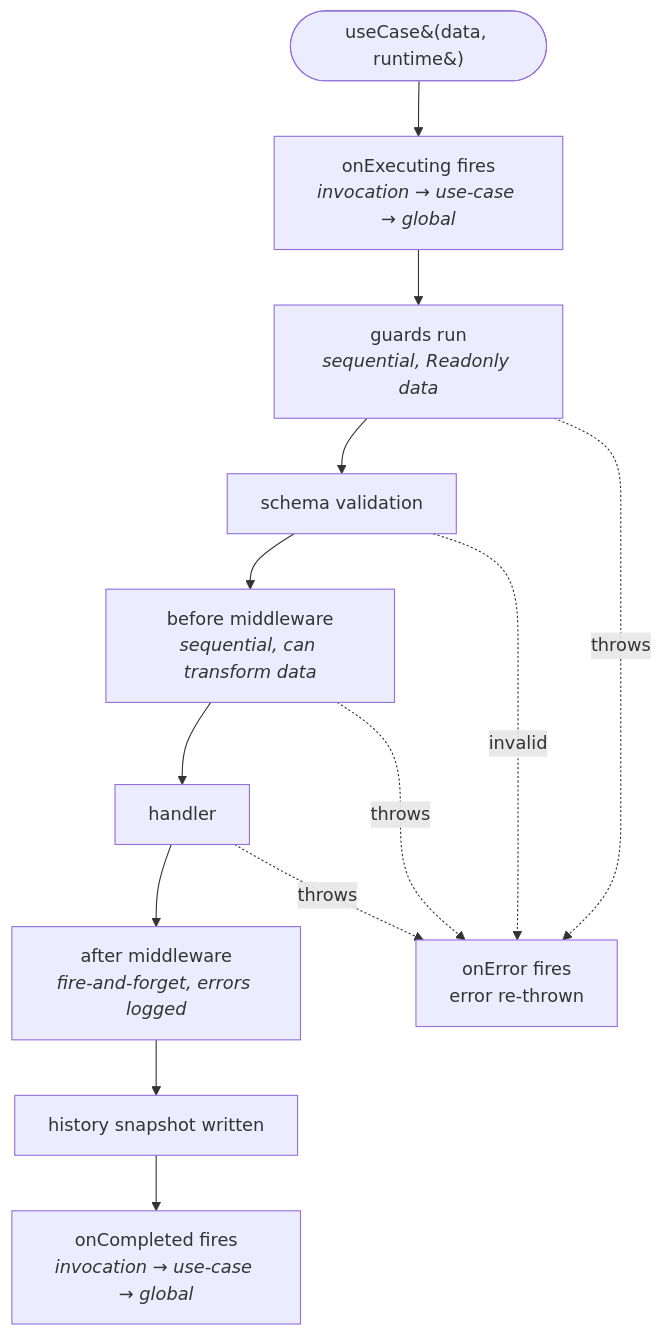
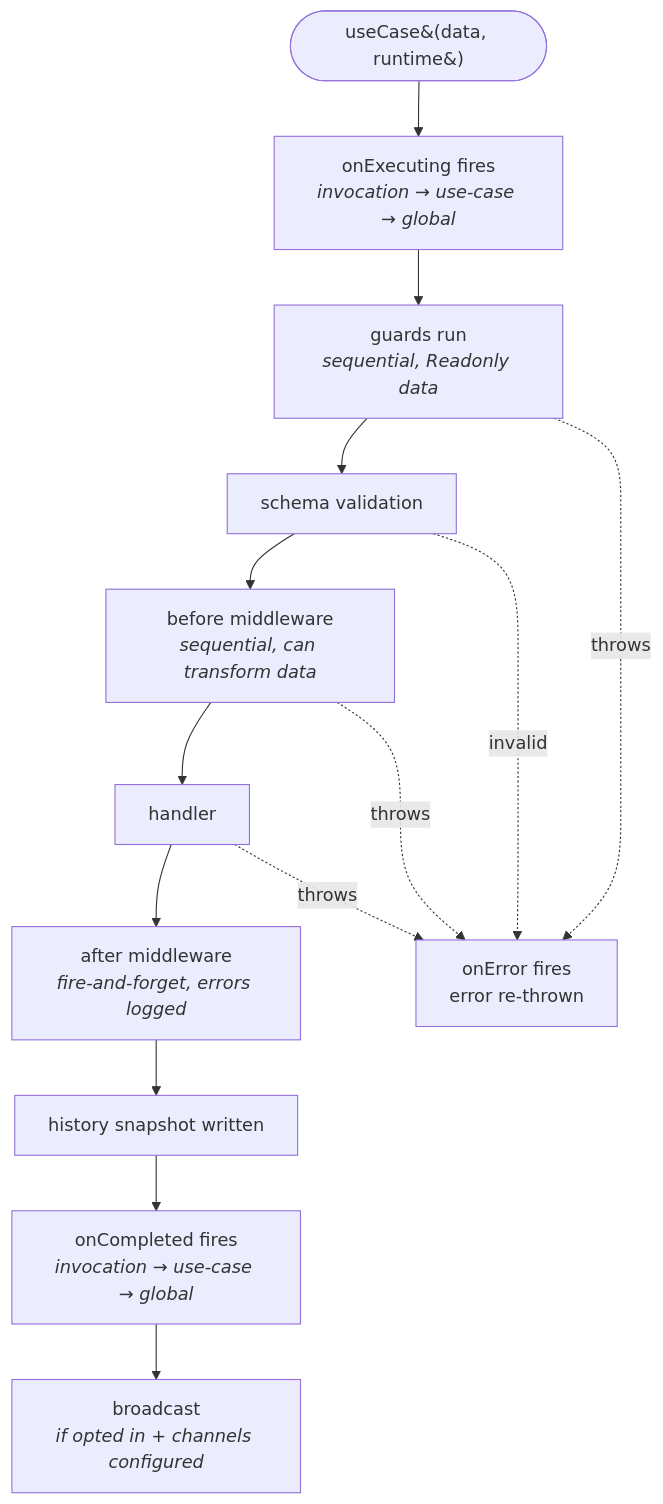
One commit to warlockjs/documentation changed the diagram in src/content/docs/v/latest/core/the-basics/use-cases-deep.md. Above: the diagram before and after it, drawn with Mermaid. The commit also changed other lines of this file and 40 other files, not shown here.

````diff
--- a/src/content/docs/v/latest/core/the-basics/use-cases-deep.md
+++ b/src/content/docs/v/latest/core/the-basics/use-cases-deep.md
@@ -53,26 +83,28 @@
 ```mermaid
 flowchart TD
     start([useCase&#40;data, runtime&#41;])
     execEvent[onExecuting fires<br/><i>invocation → use-case → global</i>]
     guards[guards run<br/><i>sequential, Readonly data</i>]
     schema[schema validation]
     before[before middleware<br/><i>sequential, can transform data</i>]
     handler[handler]
     after[after middleware<br/><i>fire-and-forget, errors logged</i>]
     history[history snapshot written]
     completedEvent[onCompleted fires<br/><i>invocation → use-case → global</i>]
+    broadcast[broadcast<br/><i>if opted in + channels configured</i>]
 
     start --> execEvent
     execEvent --> guards
     guards --> schema
     schema --> before
     before --> handler
     handler --> after
     after --> history
     history --> completedEvent
+    completedEvent --> broadcast
 
     guards -. throws .-> errorEvent[onError fires<br/>error re-thrown]
     schema -. invalid .-> errorEvent
     before -. throws .-> errorEvent
     handler -. throws .-> errorEvent
 ```
````
